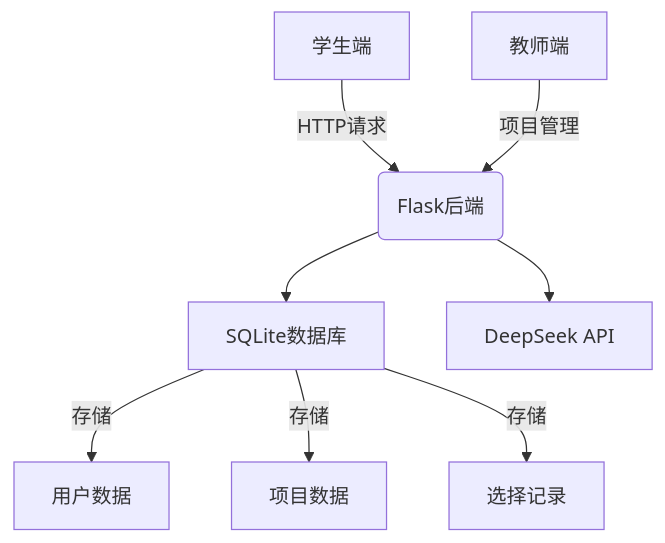
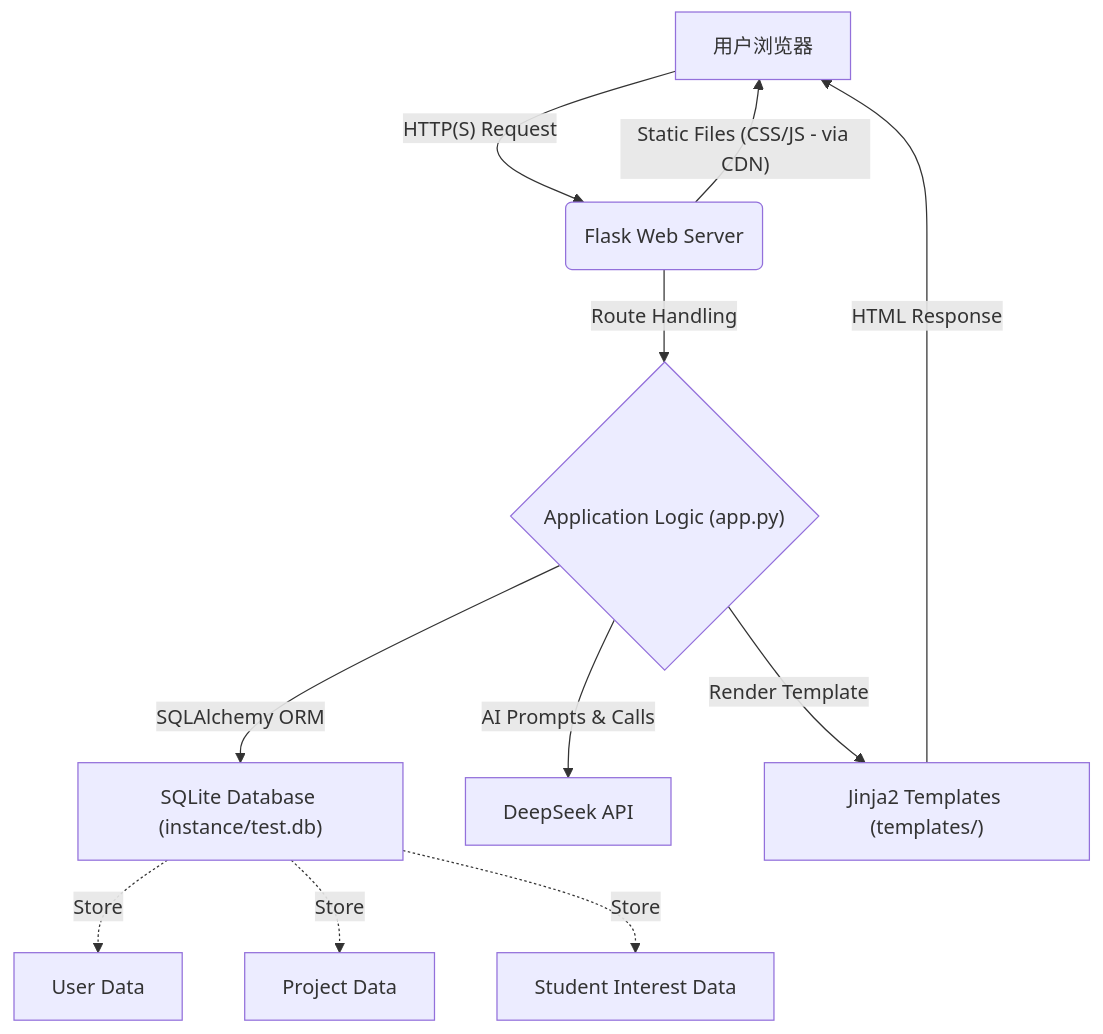
Before and after one commit to Revolt3738/32933-AI-Project-Match: the second of 3 diagrams in 项目开发手册.md, drawn with Mermaid. The commit also changed other lines of this file and 2 other files, not shown here.

Commit message:
Documentation: Update Mermaid diagrams and improve formatted documentation

````diff
--- a/项目开发手册.md
+++ b/项目开发手册.md
@@ -36,10 +44,13 @@
 ```mermaid
 flowchart TD
-    A[学生端] -->|HTTP请求| B(Flask后端)
-    B --> C[SQLite数据库]
-    B --> D[DeepSeek API]
-    E[教师端] -->|项目管理| B
-    C -->|存储| F[用户数据]
-    C -->|存储| G[项目数据]
-    C -->|存储| H[选择记录]
+    A[用户浏览器] -->|"HTTP(S) Request"| B(Flask Web Server)
+    B -->|Route Handling| C{"Application Logic (app.py)"}
+    C -->|SQLAlchemy ORM| D["SQLite Database (instance/test.db)"]
+    C -->|AI Prompts & Calls| E[DeepSeek API]
+    C -->|Render Template| F["Jinja2 Templates (templates/)"]
+    F -->|HTML Response| A
+    B -->|"Static Files (CSS/JS - via CDN)"| A
+    D -.->|Store| G[User Data]
+    D -.->|Store| H[Project Data]
+    D -.->|Store| I[Student Interest Data]
 ```
````
